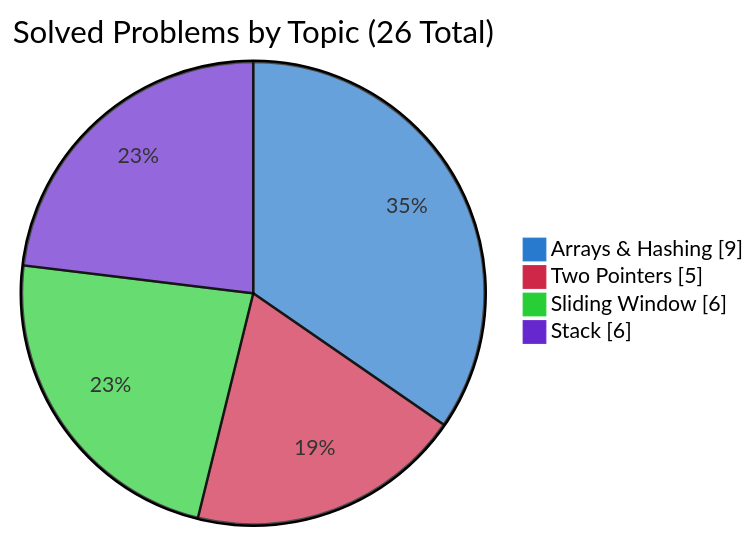
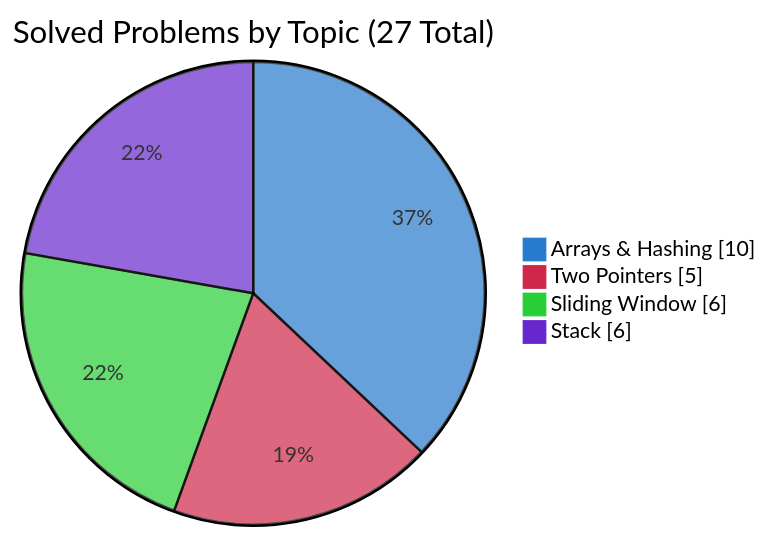
The second of 2 diagrams in README.md (simonesiega/leetcode-solutions), drawn with Mermaid before and after one commit. The commit also changed other lines of this file and 33 other files, not shown here.

````diff
--- a/README.md
+++ b/README.md
@@ -71,9 +71,9 @@
 ```mermaid
 %%{init: {"themeVariables":{"pie1":"#277ace","pie2":"#ce2748","pie3":"#27ce35","pie4":"#6727ce"},"themeCSS":".pieCircle:nth-of-type(1){fill:#277ace!important}.legend:nth-of-type(2) rect{fill:#277ace!important;stroke:#277ace!important}.pieCircle:nth-of-type(2){fill:#ce2748!important}.legend:nth-of-type(3) rect{fill:#ce2748!important;stroke:#ce2748!important}.pieCircle:nth-of-type(3){fill:#27ce35!important}.legend:nth-of-type(4) rect{fill:#27ce35!important;stroke:#27ce35!important}.pieCircle:nth-of-type(4){fill:#6727ce!important}.legend:nth-of-type(5) rect{fill:#6727ce!important;stroke:#6727ce!important}"}}%%
 pie showData
-    title Solved Problems by Topic (26 Total)
-    "Arrays & Hashing" : 9
+    title Solved Problems by Topic (27 Total)
+    "Arrays & Hashing" : 10
     "Two Pointers" : 5
     "Sliding Window" : 6
     "Stack" : 6
 ```
````
